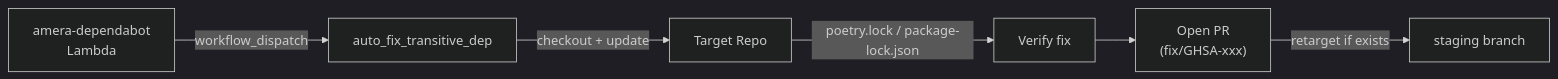
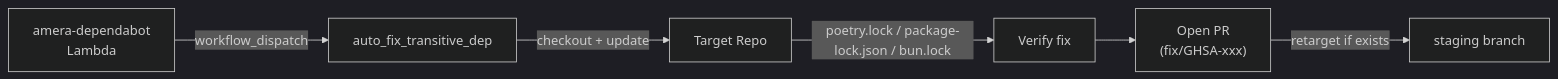
One commit to amera-apps/.github changed the sixth of 6 diagrams in README.md. Above: the diagram before and after it, drawn with Mermaid (dark theme). The commit also changed other lines of this file and 1 other file, not shown here.

First line of the commit message:
feat(ci): add Bun ecosystem support to auto-fix transitive dep workflow

````diff
--- a/README.md
+++ b/README.md
@@ -204,8 +204,8 @@
 ```mermaid
 graph LR
     Lambda["amera-dependabot\nLambda"] -->|"workflow_dispatch"| WF["auto_fix_transitive_dep"]
     WF -->|"checkout + update"| Repo["Target Repo"]
-    Repo -->|"poetry.lock / package-lock.json"| Audit["Verify fix"]
+    Repo -->|"poetry.lock / package-lock.json / bun.lock"| Audit["Verify fix"]
     Audit --> PR["Open PR\n(fix/GHSA-xxx)"]
     PR -->|"retarget if exists"| Staging["staging branch"]
 ```
````
